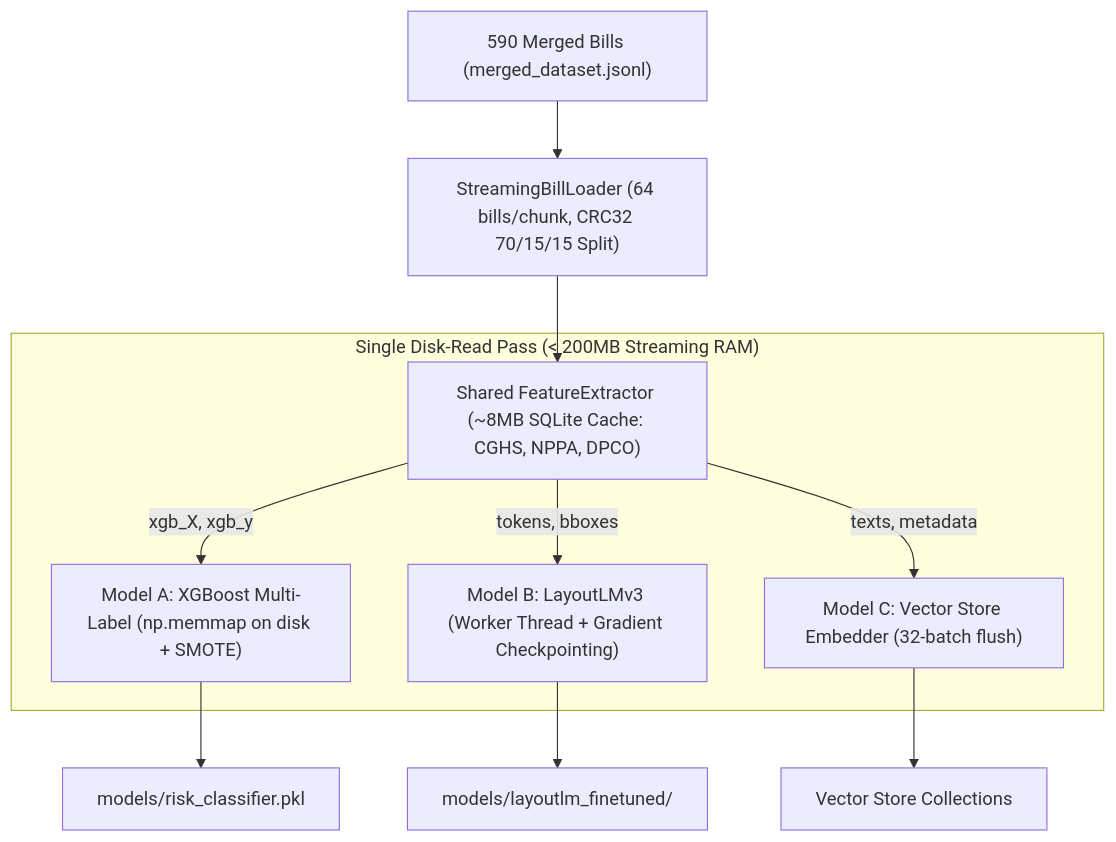
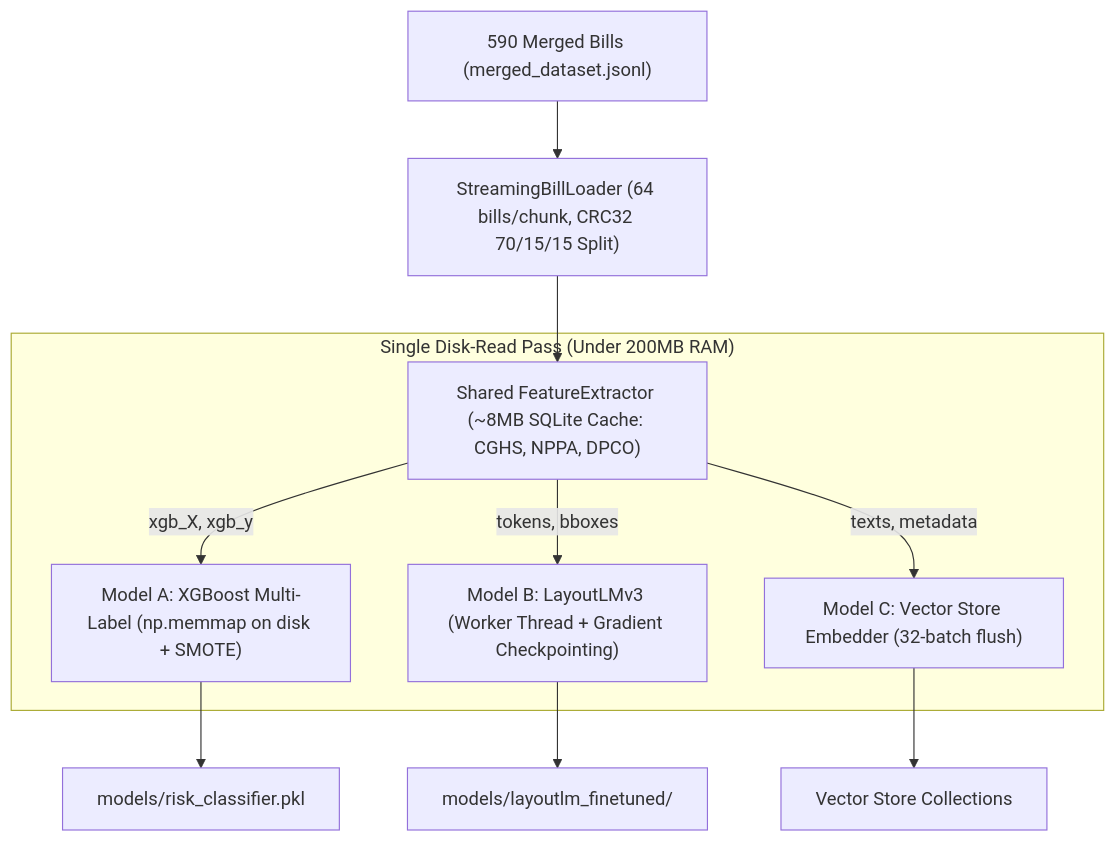
Before and after one commit to Harshil-18-byte/CuraVeris: the fourth of 4 diagrams in README.md, drawn with Mermaid. The commit also changed other lines of this file, not shown here.

Commit message:
Fix mathematical formulas, Two-Track table headings, and Mermaid diagram contrast in README

````diff
--- a/README.md
+++ b/README.md
@@ -669,15 +676,15 @@
 ```mermaid
-graph TD
+flowchart TD
     Data["590 Merged Bills (merged_dataset.jsonl)"] --> Stream["StreamingBillLoader (64 bills/chunk, CRC32 70/15/15 Split)"]
     Stream --> Feat["Shared FeatureExtractor (~8MB SQLite Cache: CGHS, NPPA, DPCO)"]
     
-    subgraph ParallelPipe ["Single Disk-Read Pass (< 200MB Streaming RAM)"]
+    subgraph ParallelPipe ["Single Disk-Read Pass (Under 200MB RAM)"]
         Feat -->|"xgb_X, xgb_y"| ModelA["Model A: XGBoost Multi-Label (np.memmap on disk + SMOTE)"]
         Feat -->|"tokens, bboxes"| ModelB["Model B: LayoutLMv3 (Worker Thread + Gradient Checkpointing)"]
         Feat -->|"texts, metadata"| ModelC["Model C: Vector Store Embedder (32-batch flush)"]
     end
 
     ModelA --> OutA["models/risk_classifier.pkl"]
     ModelB --> OutB["models/layoutlm_finetuned/"]
     ModelC --> OutC["Vector Store Collections"]
 ```
````
